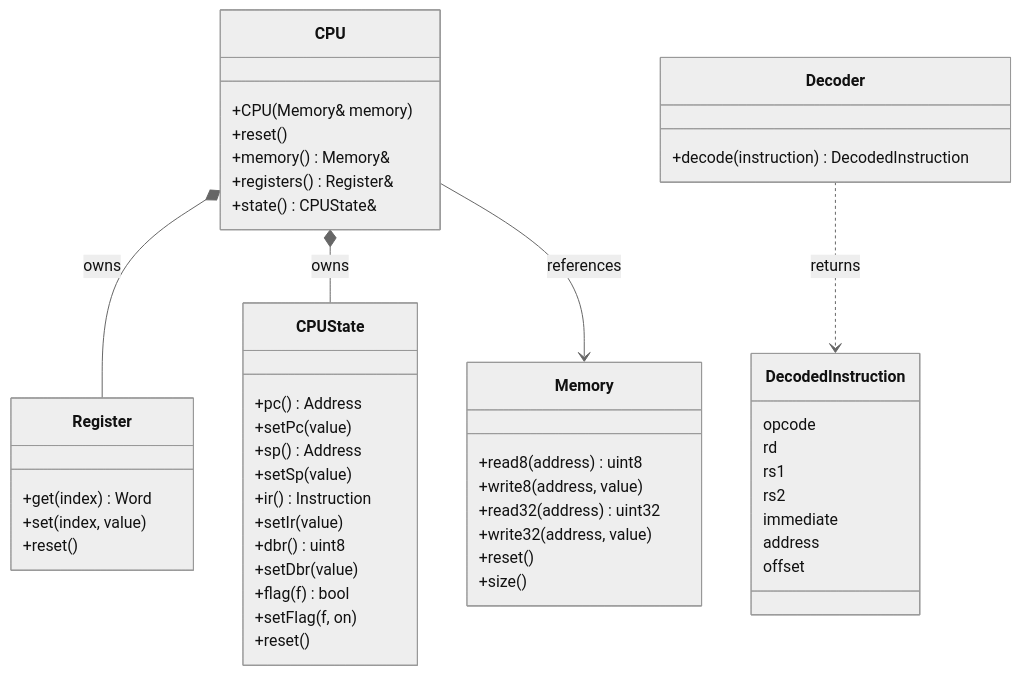
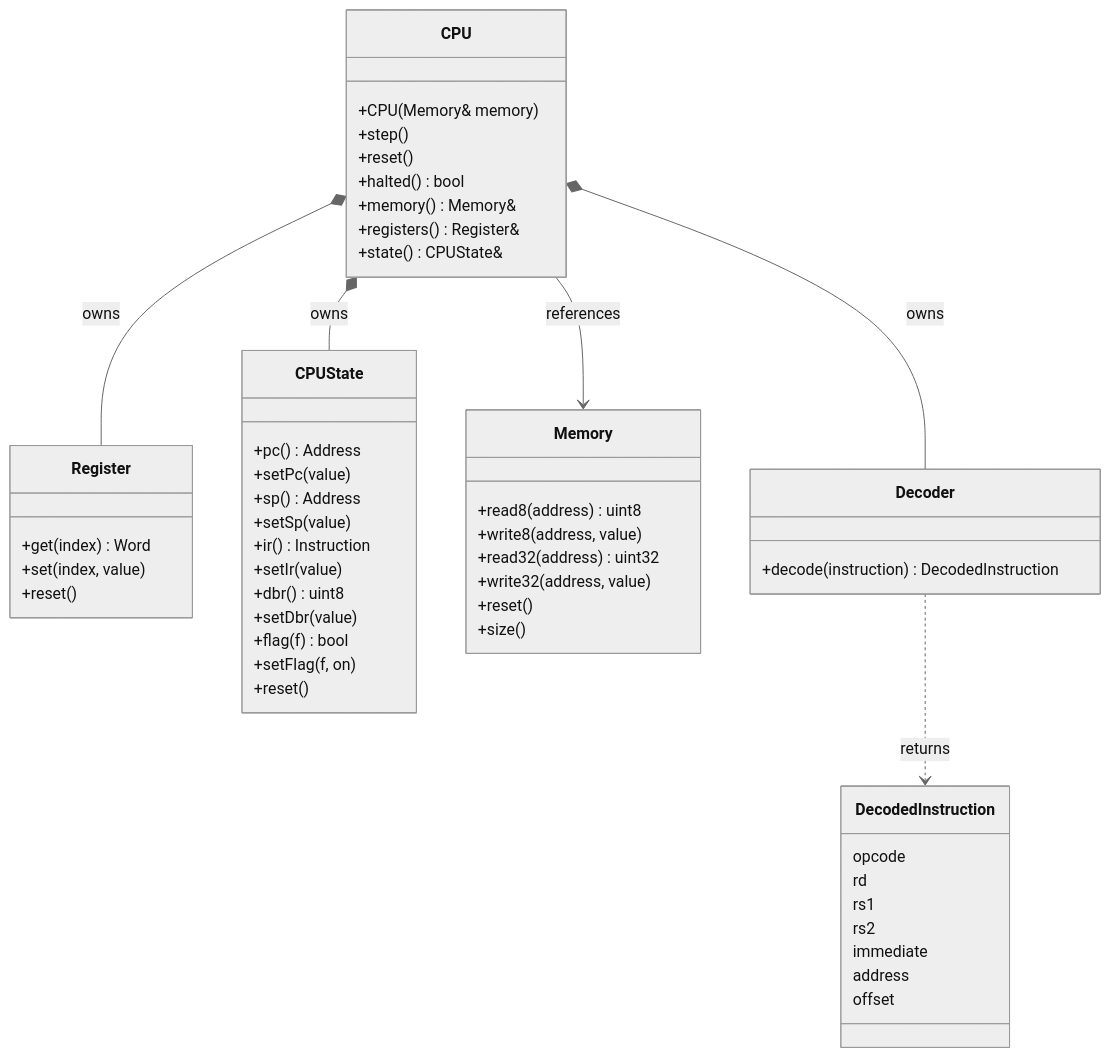
Before and after one commit to kpolet2010-hue/CoreSim: the second of 3 diagrams in docs/ARCHITECTURE.md, drawn with Mermaid (neutral theme). The commit also changed other lines of this file and 7 other files, not shown here.

````diff
--- a/docs/ARCHITECTURE.md
+++ b/docs/ARCHITECTURE.md
@@ -50,53 +50,56 @@
 ```mermaid
 classDiagram
     class CPU {
         +CPU(Memory& memory)
+        +step()
         +reset()
+        +halted() bool
         +memory() Memory&
         +registers() Register&
         +state() CPUState&
     }
     class Register {
         +get(index) Word
         +set(index, value)
         +reset()
     }
     class CPUState {
         +pc() Address
         +setPc(value)
         +sp() Address
         +setSp(value)
         +ir() Instruction
         +setIr(value)
         +dbr() uint8
         +setDbr(value)
         +flag(f) bool
         +setFlag(f, on)
         +reset()
     }
     class Memory {
         +read8(address) uint8
         +write8(address, value)
         +read32(address) uint32
         +write32(address, value)
         +reset()
         +size()
     }
     class Decoder {
         +decode(instruction) DecodedInstruction
     }
     class DecodedInstruction {
         opcode
         rd
         rs1
         rs2
         immediate
         address
         offset
     }
 
     CPU *-- Register : owns
     CPU *-- CPUState : owns
+    CPU *-- Decoder : owns
     CPU --> Memory : references
     Decoder ..> DecodedInstruction : returns
 ```
````
